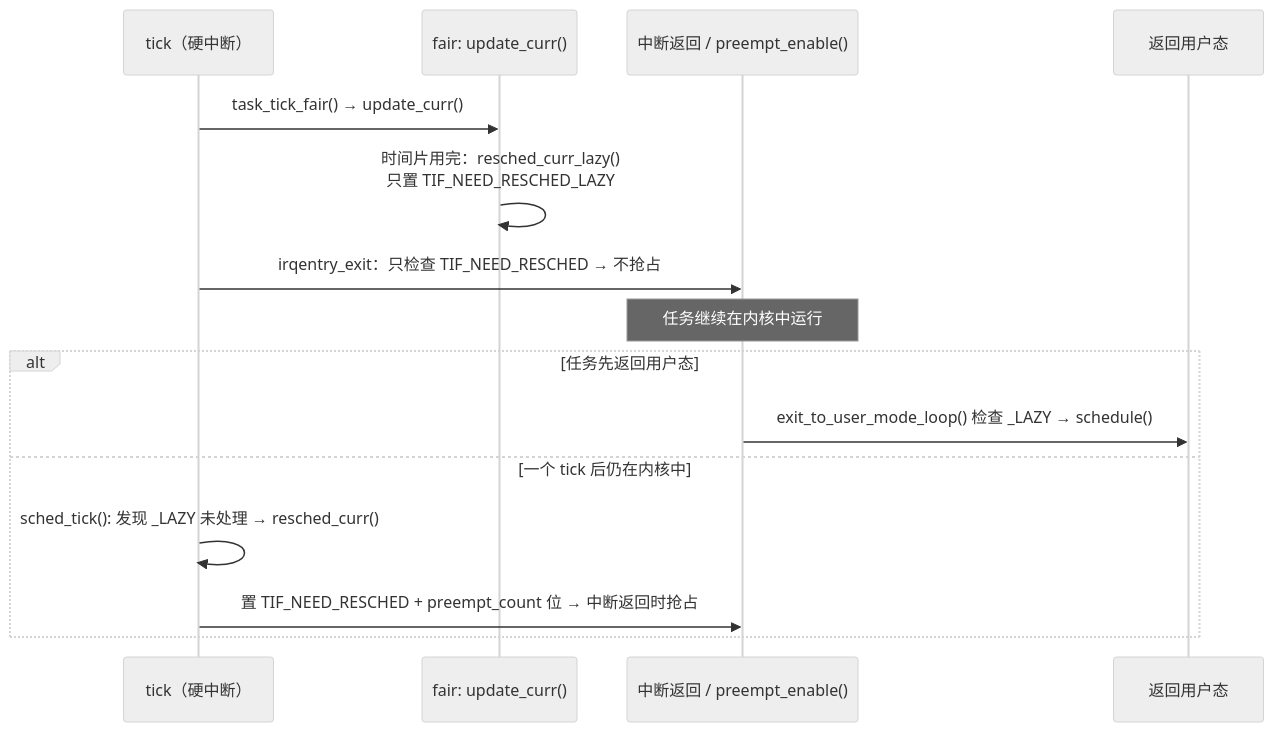
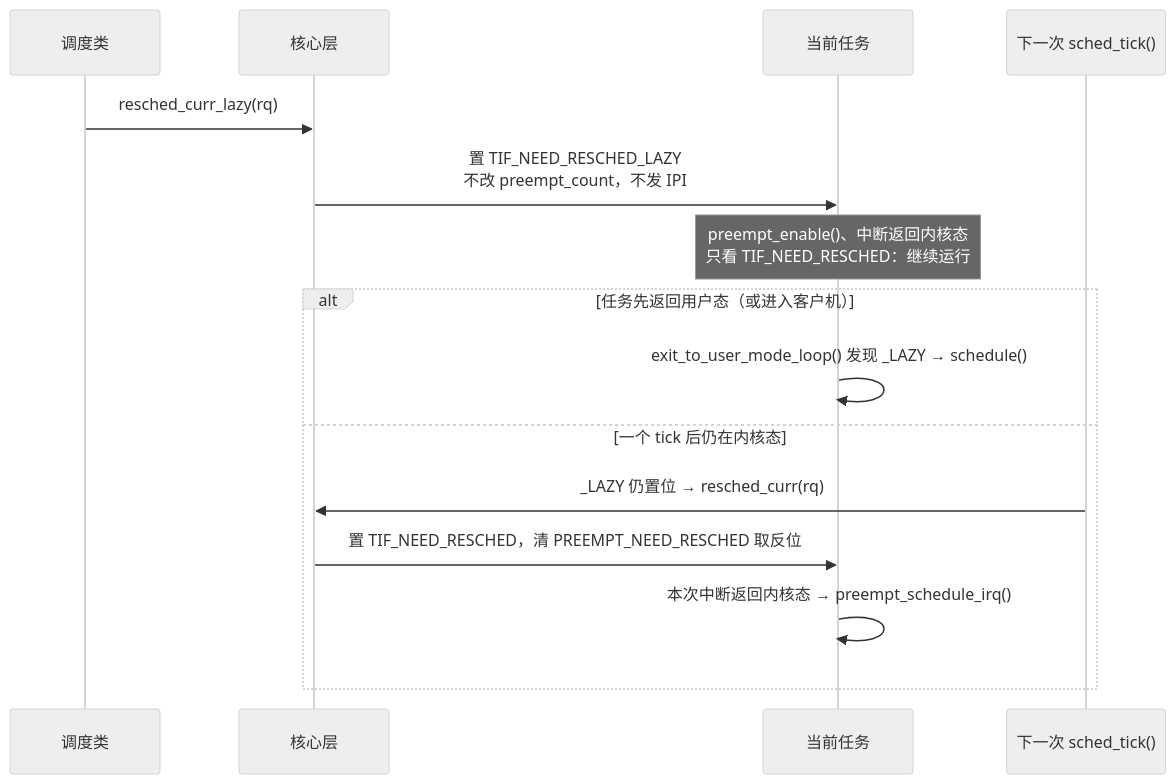
One commit to linuxperf/linux-study changed the diagram in book/03-scheduler/05-tick-preempt.md. Above: the diagram before and after it, drawn with Mermaid (neutral theme). The commit also changed other lines of this file and 7 other files, not shown here.

````diff
--- a/book/03-scheduler/05-tick-preempt.md
+++ b/book/03-scheduler/05-tick-preempt.md
@@ -184,17 +877,17 @@
 ```mermaid
 sequenceDiagram
-    participant T as tick（硬中断）
-    participant F as fair: update_curr()
-    participant E as 中断返回 / preempt_enable()
-    participant U as 返回用户态
-    T->>F: task_tick_fair() → update_curr()
-    F->>F: 时间片用完：resched_curr_lazy()<br/>只置 TIF_NEED_RESCHED_LAZY
-    T->>E: irqentry_exit：只检查 TIF_NEED_RESCHED → 不抢占
-    Note over E: 任务继续在内核中运行
-    alt 任务先返回用户态
-        E->>U: exit_to_user_mode_loop() 检查 _LAZY → schedule()
-    else 一个 tick 后仍在内核中
-        T->>T: sched_tick(): 发现 _LAZY 未处理 → resched_curr()
-        T->>E: 置 TIF_NEED_RESCHED + preempt_count 位 → 中断返回时抢占
+    participant C as 调度类
+    participant K as 核心层
+    participant T as 当前任务
+    participant H as 下一次 sched_tick()
+    C->>K: resched_curr_lazy(rq)
+    K->>T: 置 TIF_NEED_RESCHED_LAZY<br/>不改 preempt_count，不发 IPI
+    Note over T: preempt_enable()、中断返回内核态<br/>只看 TIF_NEED_RESCHED：继续运行
+    alt 任务先返回用户态（或进入客户机）
+        T->>T: exit_to_user_mode_loop() 发现 _LAZY → schedule()
+    else 一个 tick 后仍在内核态
+        H->>K: _LAZY 仍置位 → resched_curr(rq)
+        K->>T: 置 TIF_NEED_RESCHED，清 PREEMPT_NEED_RESCHED 取反位
+        T->>T: 本次中断返回内核态 → preempt_schedule_irq()
     end
 ```
````
